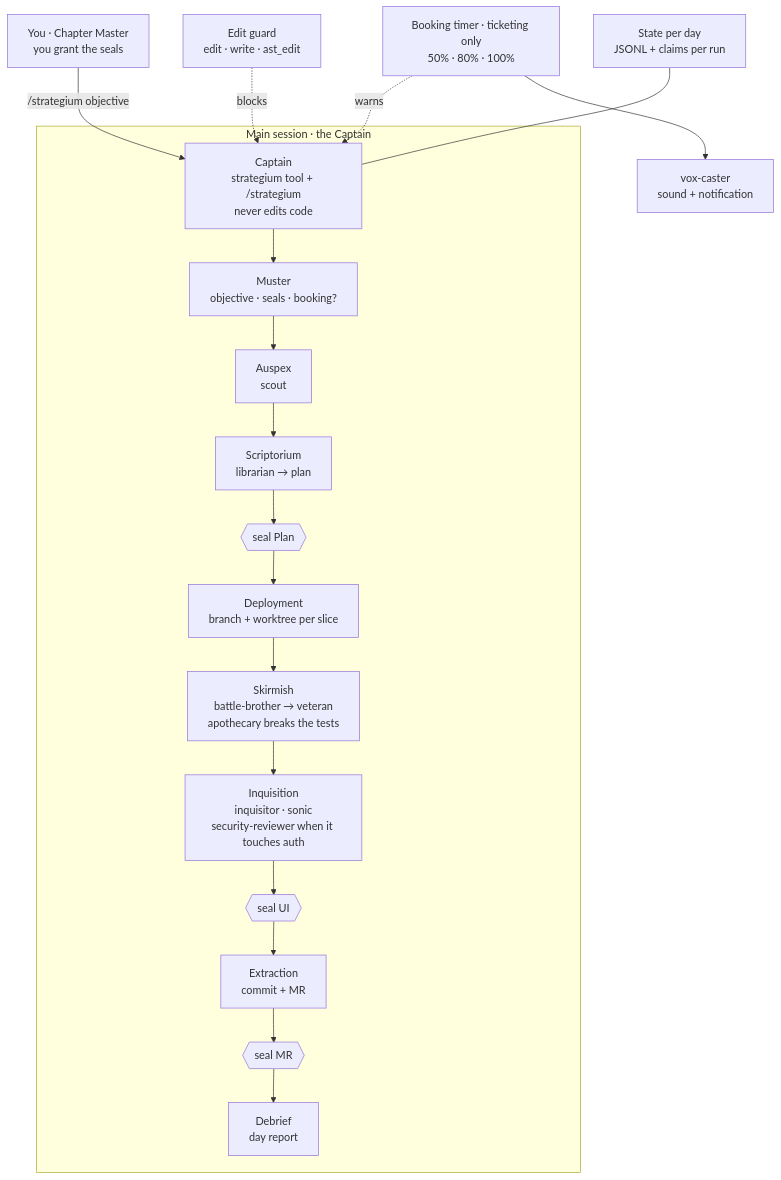
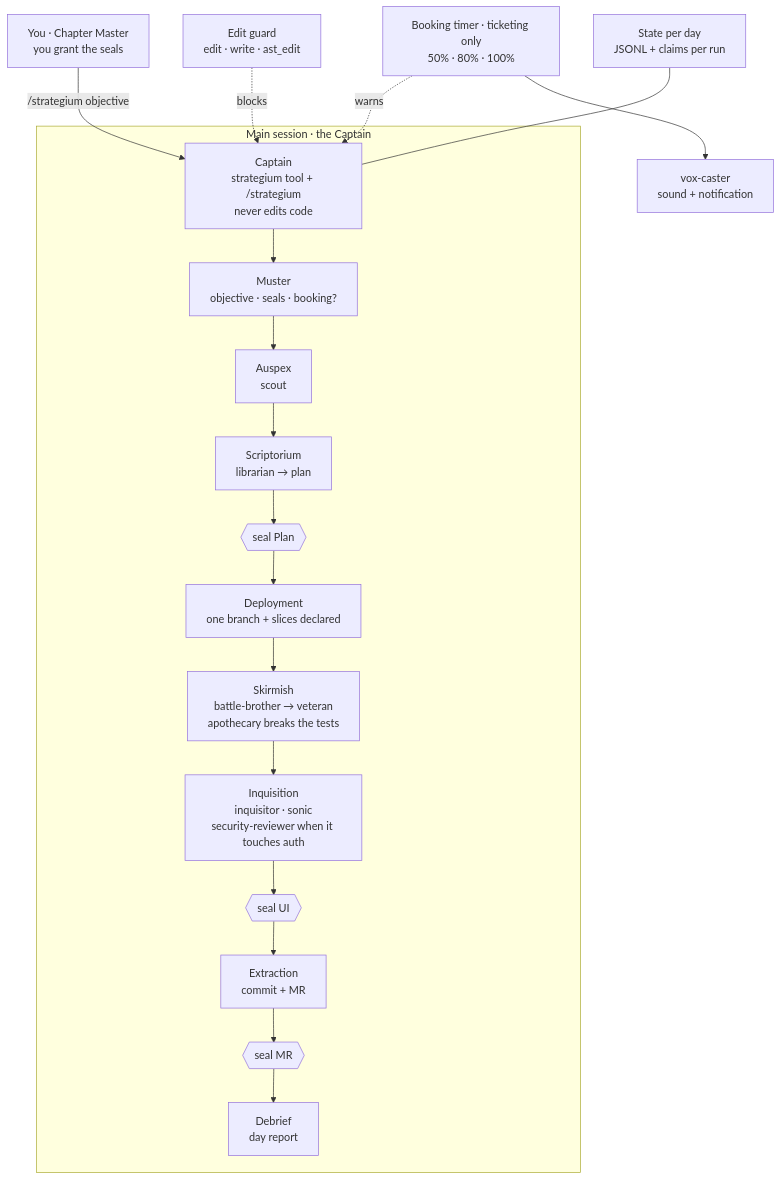
The diagram in README.md (frandev94/strategium), drawn with Mermaid before and after one commit. The commit also changed other lines of this file and 8 other files, not shown here.

````diff
--- a/README.md
+++ b/README.md
@@ -33,22 +33,22 @@
 ```mermaid
 flowchart TB
   U["You · Chapter Master<br/>you grant the seals"] -->|"/strategium objective"| C
   subgraph run["Main session · the Captain"]
     C["Captain<br/>strategium tool + /strategium<br/>never edits code"]
     C --> M["Muster<br/>objective · seals · booking?"]
     M --> A["Auspex<br/>scout"]
     A --> B["Scriptorium<br/>librarian → plan"]
     B --> S1{{"seal Plan"}}
-    S1 --> D["Deployment<br/>branch + worktree per slice"]
+    S1 --> D["Deployment<br/>one branch + slices declared"]
     D --> E["Skirmish<br/>battle-brother → veteran<br/>apothecary breaks the tests"]
     E --> I["Inquisition<br/>inquisitor · sonic<br/>security-reviewer when it touches auth"]
     I --> S2{{"seal UI"}}
     S2 --> X["Extraction<br/>commit + MR"]
     X --> S3{{"seal MR"}}
     S3 --> F["Debrief<br/>day report"]
   end
   T["Booking timer · ticketing only<br/>50% · 80% · 100%"] -.->|warns| C
   T --> V["vox-caster<br/>sound + notification"]
   G["Edit guard<br/>edit · write · ast_edit"] -.->|blocks| C
   R["State per day<br/>JSONL + claims per run"] --- C
 ```
````
